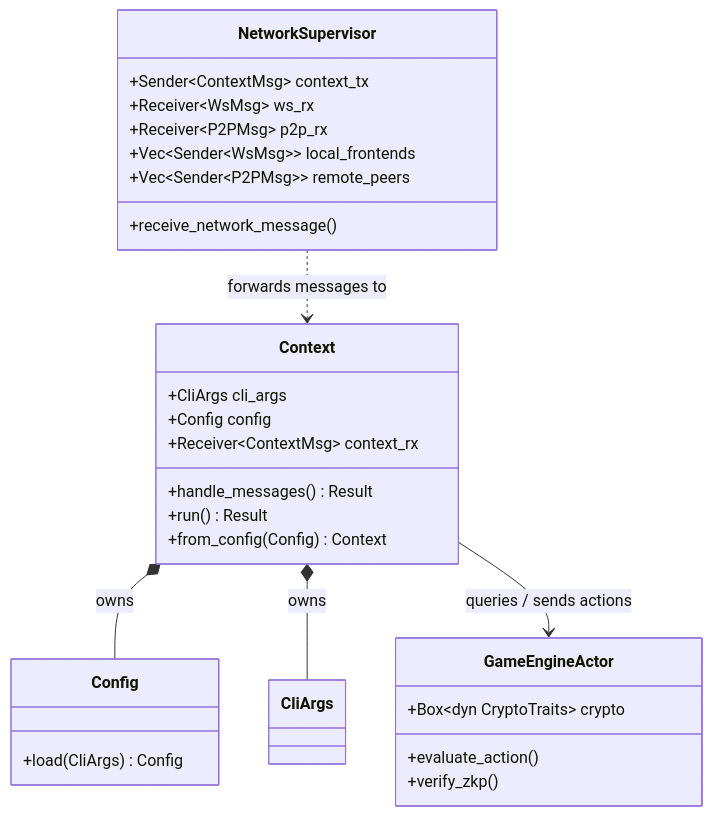
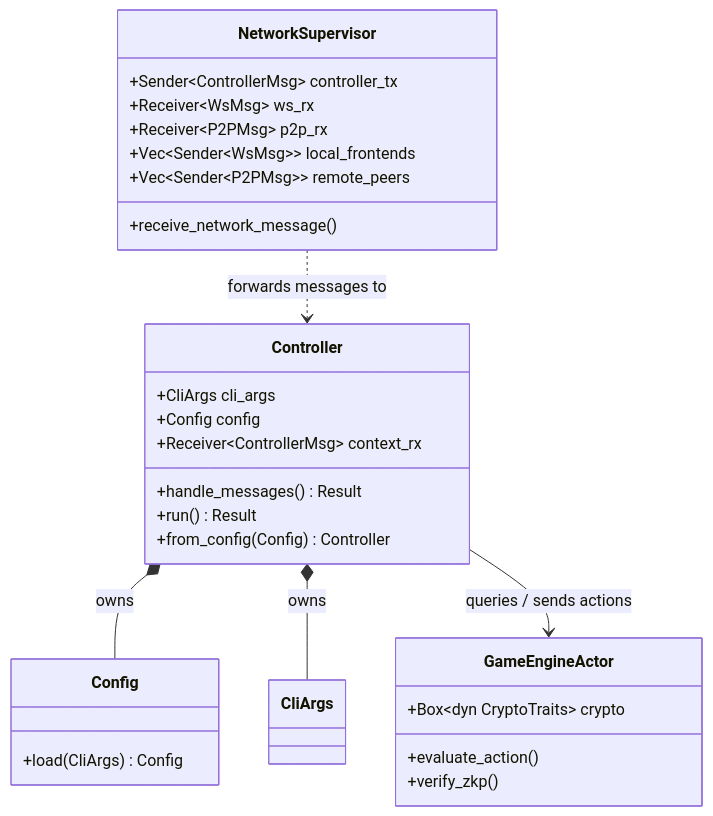
The second of 2 diagrams in pages/component/backend.md (mentalcardgames/mentalcardgames.github.io), drawn with Mermaid before and after one commit. The commit also changed other lines of this file and 1 other file, not shown here.

Commit message:
Improved System Design page regarding to MVC

````diff
--- a/pages/component/backend.md
+++ b/pages/component/backend.md
@@ -185,42 +185,42 @@
 ```mermaid
 classDiagram
-    class Context {
+    class Controller {
         +CliArgs cli_args
         +Config config
-        +Receiver~ContextMsg~ context_rx
+        +Receiver~ControllerMsg~ context_rx
         +handle_messages() Result
         +run() Result
-        +from_config(Config) Context
+        +from_config(Config) Controller
     }
     
     class Config {
         +load(CliArgs) Config
     }
     
     class CliArgs {
     }
     
     class NetworkSupervisor {
-        +Sender~ContextMsg~ context_tx
+        +Sender~ControllerMsg~ controller_tx
         +Receiver~WsMsg~ ws_rx
         +Receiver~P2PMsg~ p2p_rx
         +Vec~Sender~WsMsg~~ local_frontends
         +Vec~Sender~P2PMsg~~ remote_peers
         +receive_network_message()
     }
     
     class GameEngineActor {
         +Box~dyn CryptoTraits~ crypto
         +evaluate_action()
         +verify_zkp()
     }
 
-    Context *-- Config : owns
-    Context *-- CliArgs : owns
+    Controller *-- Config : owns
+    Controller *-- CliArgs : owns
     
-    %% The Supervisor forwards network events to the Context
-    NetworkSupervisor ..> Context : forwards messages to
+    %% The Supervisor forwards network events to the Controller
+    NetworkSupervisor ..> Controller : forwards messages to
     
-    %% The Context interacts with the Engine to evaluate game rules
-    Context --> GameEngineActor : queries / sends actions
+    %% The Controller interacts with the Engine to evaluate game rules
+    Controller --> GameEngineActor : queries / sends actions
 ```
````
